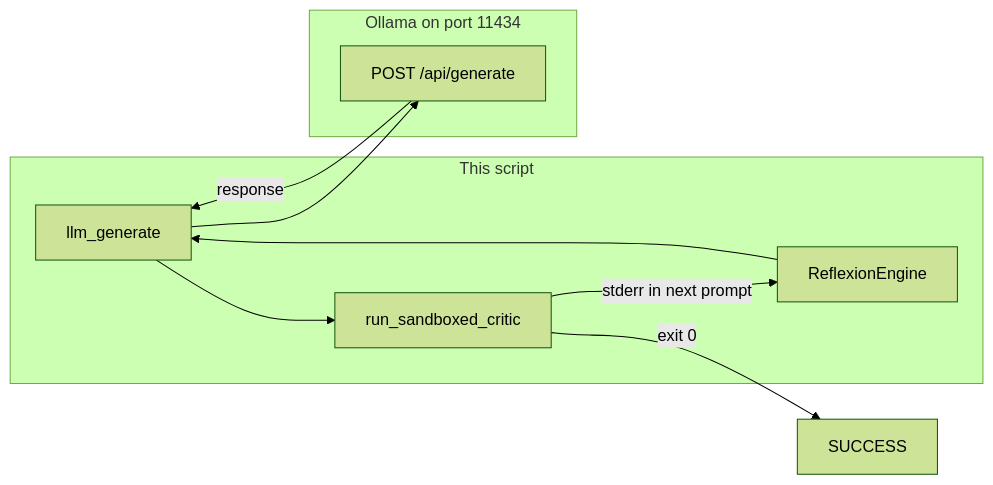
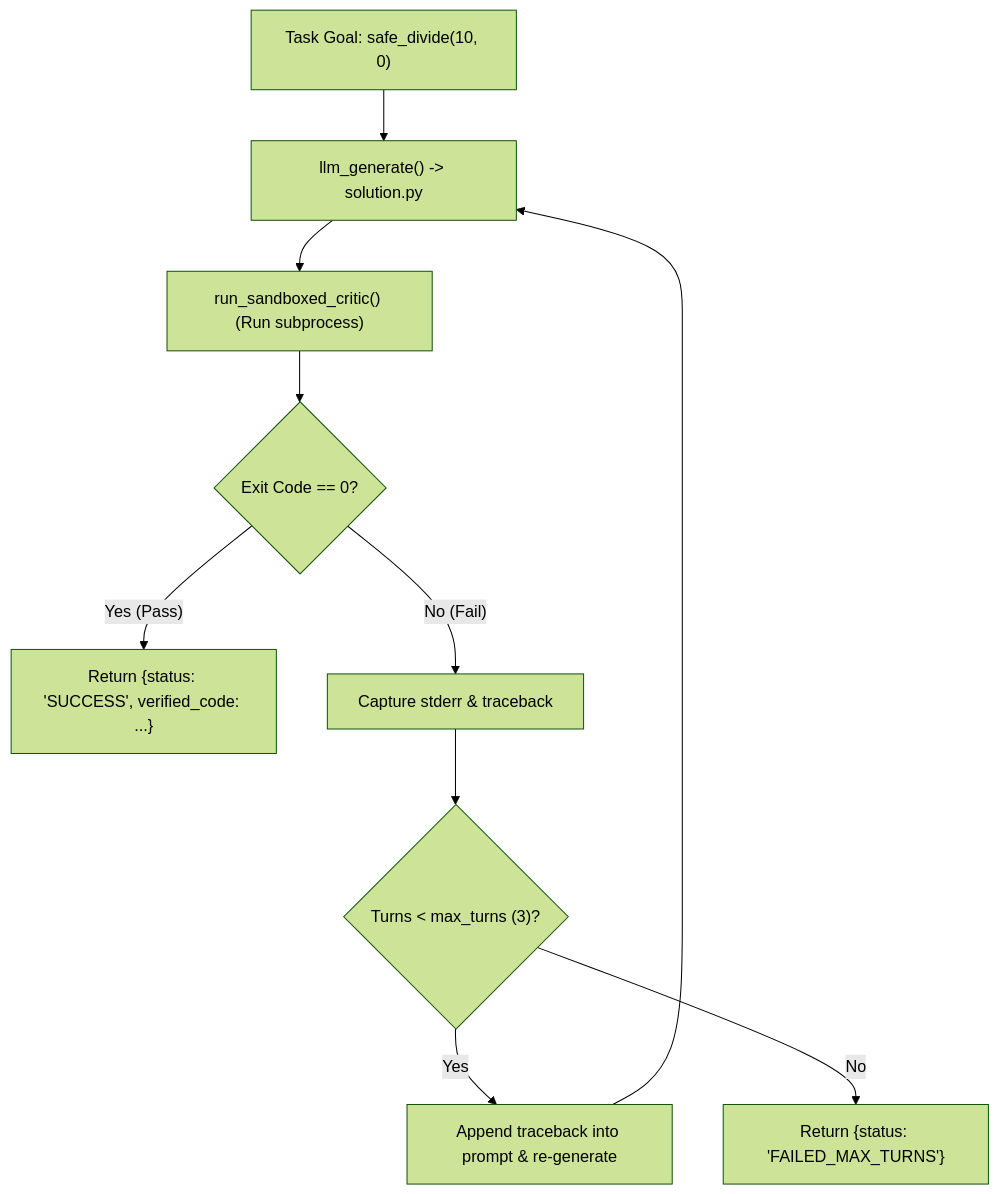
Before and after one commit to jacobbweber/AgenticAI-Labs: the diagram in education/11_planning_and_reflection/lab2_reflexion_loop.md, drawn with Mermaid (forest theme). The commit also changed other lines of this file and 123 other files, not shown here.

````diff
--- a/education/11_planning_and_reflection/lab2_reflexion_loop.md
+++ b/education/11_planning_and_reflection/lab2_reflexion_loop.md
@@ -16,17 +20,12 @@
 ```mermaid
-flowchart LR
-    subgraph ref_lab5_script [This script]
-        G["llm_generate"]
-        C["run_sandboxed_critic"]
-        E["ReflexionEngine"]
-    end
-    subgraph ref_lab5_host [Ollama on port 11434]
-        H["POST /api/generate"]
-    end
-    E --> G
-    G --> H
-    H -->|"response"| G
-    G --> C
-    C -->|"exit 0"| OK["SUCCESS"]
-    C -->|"stderr in next prompt"| E
+flowchart TD
+    A["Task Goal: safe_divide(10, 0)"] --> B["llm_generate() -> solution.py"]
+    B --> C["run_sandboxed_critic() (Run subprocess)"]
+    C --> D{"Exit Code == 0?"}
+    D -->|"Yes (Pass)"| E["Return {status: 'SUCCESS', verified_code: ...}"]
+    D -->|"No (Fail)"| F["Capture stderr & traceback"]
+    F --> G{"Turns < max_turns (3)?"}
+    G -->|"Yes"| H["Append traceback into prompt & re-generate"]
+    H --> B
+    G -->|"No"| I["Return {status: 'FAILED_MAX_TURNS'}"]
 ```
````
